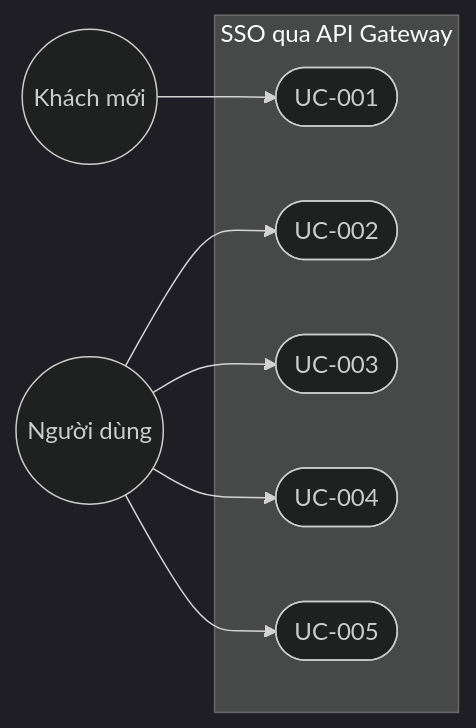
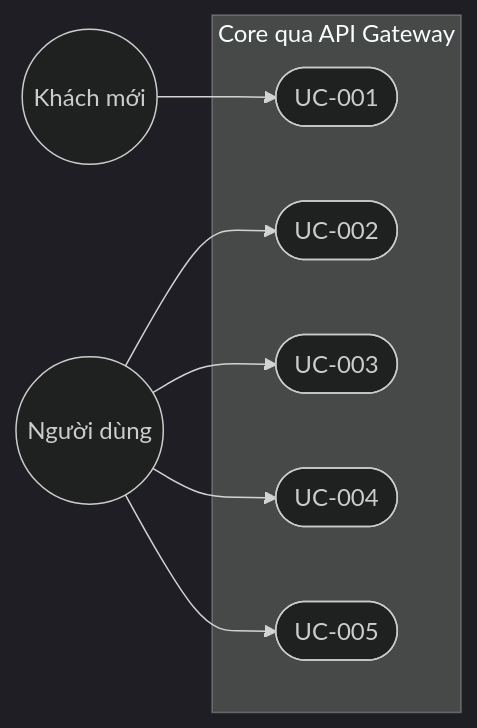
One commit to CVThien2k2/joytab changed the first of 6 diagrams in docs/thiet-ke-he-thong-20260522.md. Above: the diagram before and after it, drawn with Mermaid (dark theme). The commit also changed other lines of this file and 4 other files, not shown here.

Commit message:
docs: rename sso service to core

````diff
--- a/docs/thiet-ke-he-thong-20260522.md
+++ b/docs/thiet-ke-he-thong-20260522.md
@@ -17,19 +17,19 @@
 ```mermaid
 flowchart LR
   GUEST((Khách mới))
   USER((Người dùng))
 
-  subgraph SYS[SSO qua API Gateway]
+  subgraph SYS[Core qua API Gateway]
     UC1([UC-001])
     UC2([UC-002])
     UC3([UC-003])
     UC4([UC-004])
     UC5([UC-005])
   end
 
   GUEST --> UC1
   USER --> UC2
   USER --> UC3
   USER --> UC4
   USER --> UC5
 ```
````
